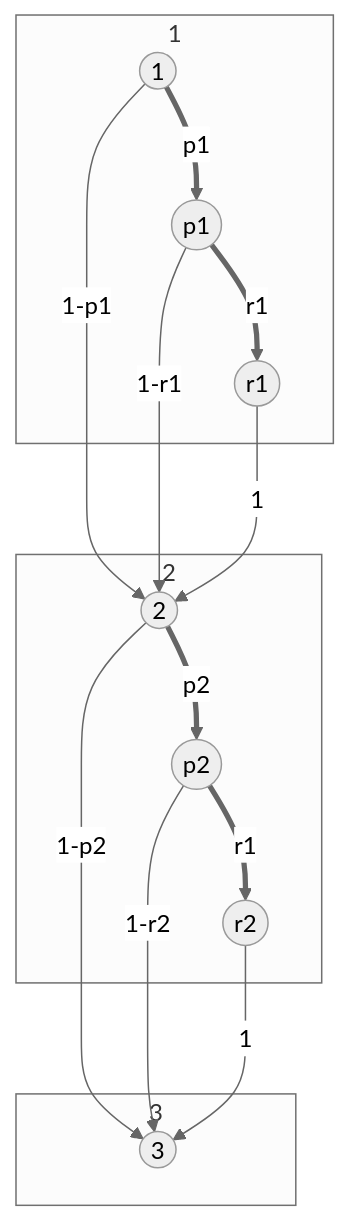
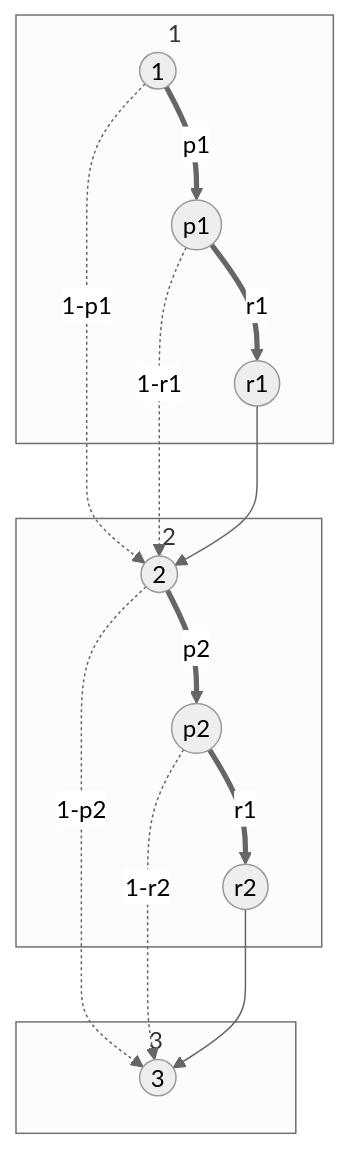
Before and after one commit to bfeitknecht/vault: the fifth of 6 diagrams in vault/sem2/AuW/UE/cx/bf/cx07-bf.md, drawn with Mermaid (neutral theme).

Commit message:
vault backup: 2024-05-06 14:36:07 from MacBook Pro (echo)
Affected files:
vault/sem2/AuW/UE/cx/bf/cx07-bf.md

````diff
--- a/vault/sem2/AuW/UE/cx/bf/cx07-bf.md
+++ b/vault/sem2/AuW/UE/cx/bf/cx07-bf.md
@@ -200,37 +200,37 @@
 ```mermaid
 flowchart TD
 
 subgraph 3
 id7((3))
 end
 
 
 subgraph 2
 id4((2))
 id5((p2))
 id6((r2))
 
 id4==>|"p2"|id5
-id4-->|"1-p2"|id7
+id4-.->|"1-p2"|id7
 id5==>|"r1"|id6
-id5-->|"1-r2"|id7
-id6-->|"1"|id7
+id5-.->|"1-r2"|id7
+id6-->|" "|id7
 end
 
 
 subgraph 1
 id1((1))
 id2((p1))
 id3((r1))
 
 
 id1==>|"p1"|id2
-id1-->|"1-p1"|id4
+id1-.->|"1-p1"|id4
 id2==>|"r1"|id3
-id2-->|"1-r1"|id4
-id3-->|"1"|id4
+id2-.->|"1-r1"|id4
+id3-->|" "|id4
 end
 
 
 
 ```
````
